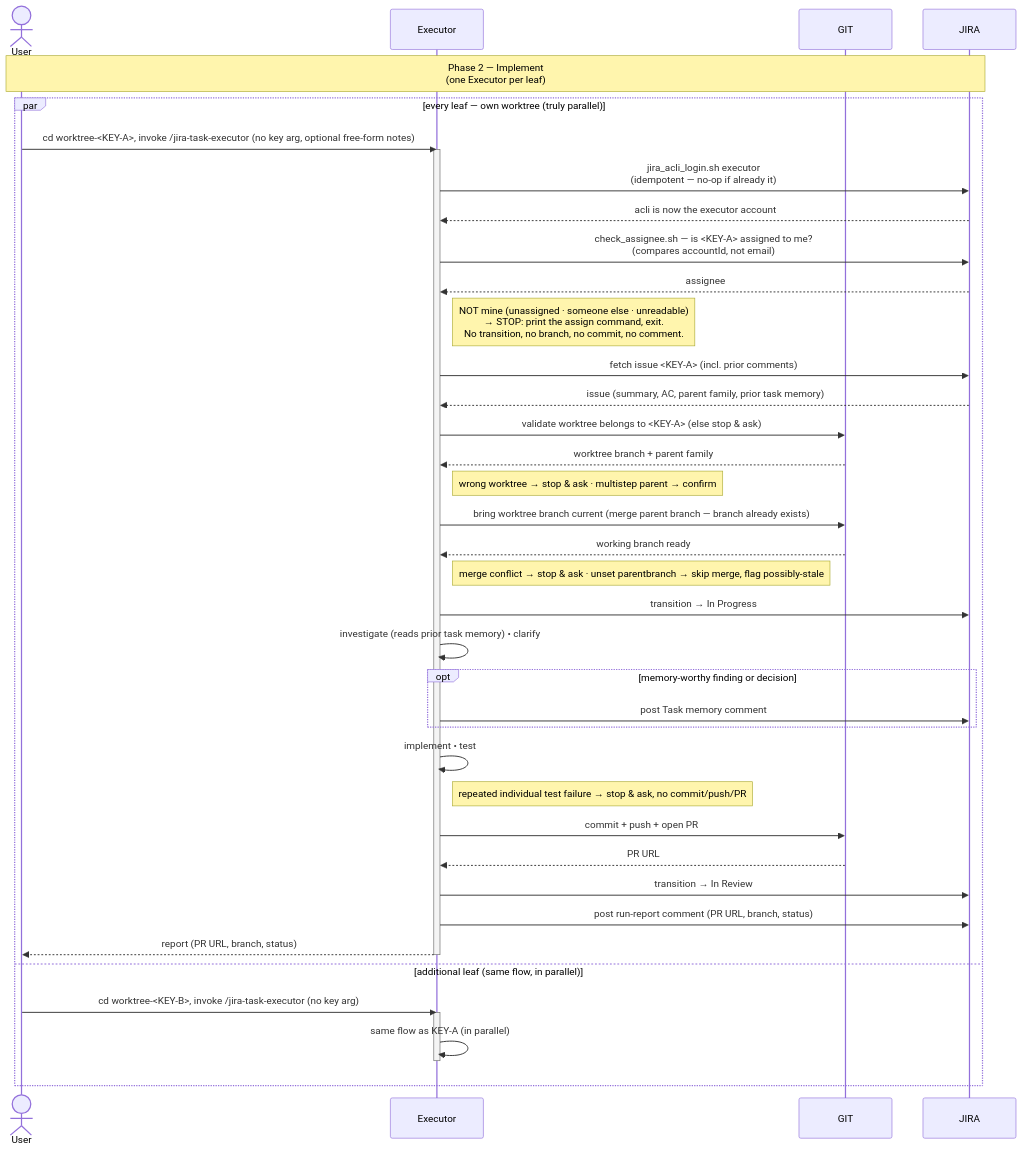
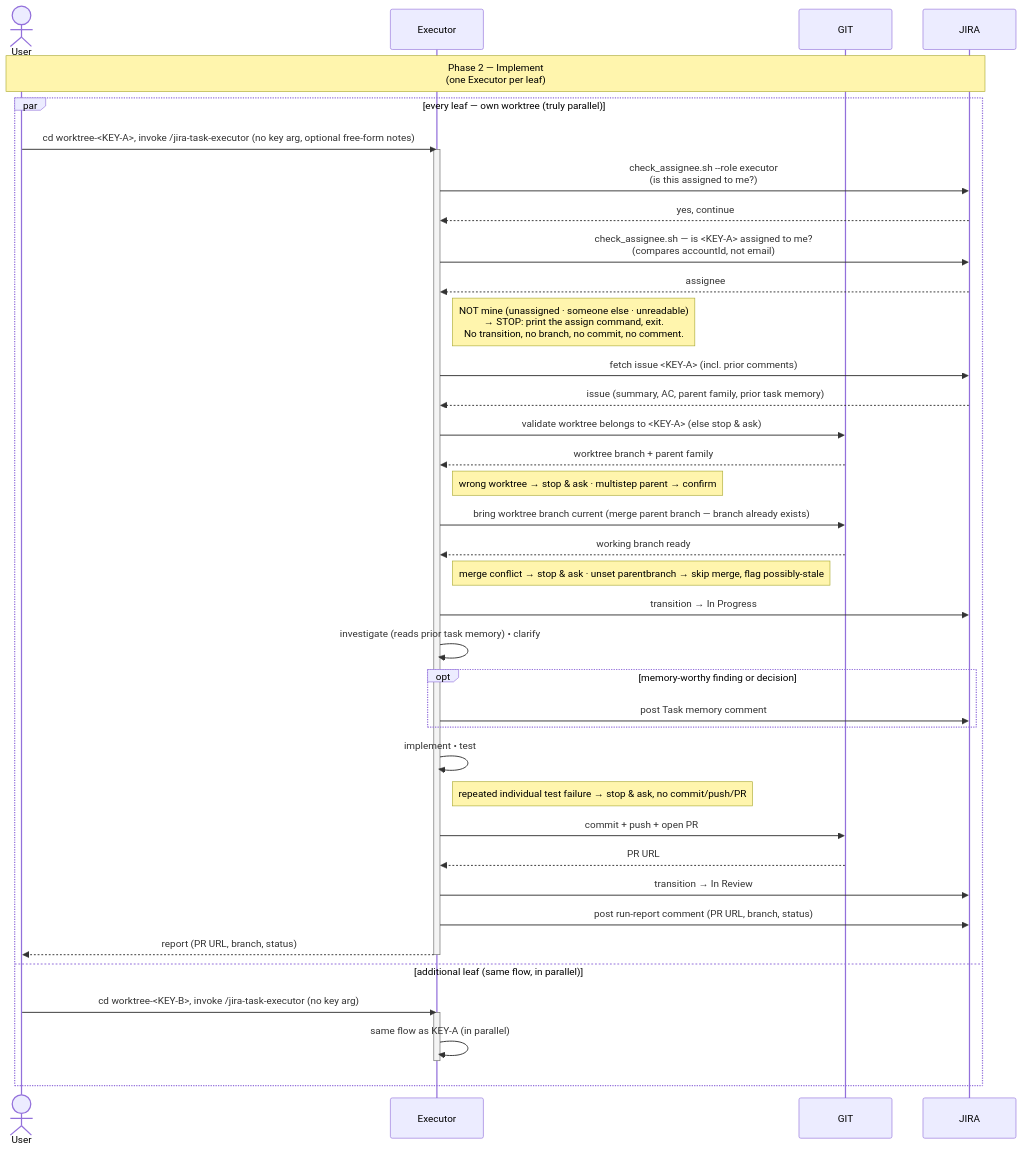
Before and after one commit to kantorv/jira-sdlc-tools: the diagram in plugins/jira-sdlc/docs/TASK-LIFECYCLE-PHASE-2.md, drawn with Mermaid. The commit also changed other lines of this file and 12 other files, not shown here.

````diff
--- a/plugins/jira-sdlc/docs/TASK-LIFECYCLE-PHASE-2.md
+++ b/plugins/jira-sdlc/docs/TASK-LIFECYCLE-PHASE-2.md
@@ -19,45 +19,45 @@
 ```mermaid
 sequenceDiagram
     actor User
     participant Executor
     participant GIT
     participant JIRA
 
     Note over User,JIRA: Phase 2 — Implement<br/>(one Executor per leaf)
 
     par every leaf — own worktree (truly parallel)
         User->>Executor: cd worktree-<KEY-A>, invoke /jira-task-executor (no key arg, optional free-form notes)
         activate Executor
-        Executor->>JIRA: jira_acli_login.sh executor<br/>(idempotent — no-op if already it)
-        JIRA-->>Executor: acli is now the executor account
+        Executor->>JIRA: check_assignee.sh --role executor<br/>(is this assigned to me?)
+        JIRA-->>Executor: yes, continue
         Executor->>JIRA: check_assignee.sh — is <KEY-A> assigned to me?<br/>(compares accountId, not email)
         JIRA-->>Executor: assignee
         Note right of Executor: NOT mine (unassigned · someone else · unreadable)<br/>→ STOP: print the assign command, exit.<br/>No transition, no branch, no commit, no comment.
         Executor->>JIRA: fetch issue <KEY-A> (incl. prior comments)
         JIRA-->>Executor: issue (summary, AC, parent family, prior task memory)
         Executor->>GIT: validate worktree belongs to <KEY-A> (else stop & ask)
         GIT-->>Executor: worktree branch + parent family
         Note right of Executor: wrong worktree → stop & ask · multistep parent → confirm
         Executor->>GIT: bring worktree branch current (merge parent branch — branch already exists)
         GIT-->>Executor: working branch ready
         Note right of Executor: merge conflict → stop & ask · unset parentbranch → skip merge, flag possibly-stale
         Executor->>JIRA: transition → In Progress
         Executor->>Executor: investigate (reads prior task memory) • clarify
         opt memory-worthy finding or decision
             Executor->>JIRA: post Task memory comment
         end
         Executor->>Executor: implement • test
         Note right of Executor: repeated individual test failure → stop & ask, no commit/push/PR
         Executor->>GIT: commit + push + open PR
         GIT-->>Executor: PR URL
         Executor->>JIRA: transition → In Review
         Executor->>JIRA: post run-report comment (PR URL, branch, status)
         Executor-->>User: report (PR URL, branch, status)
         deactivate Executor
     and additional leaf (same flow, in parallel)
         User->>Executor: cd worktree-<KEY-B>, invoke /jira-task-executor (no key arg)
         activate Executor
         Executor->>Executor: same flow as KEY-A (in parallel)
         deactivate Executor
     end
 ```
````
